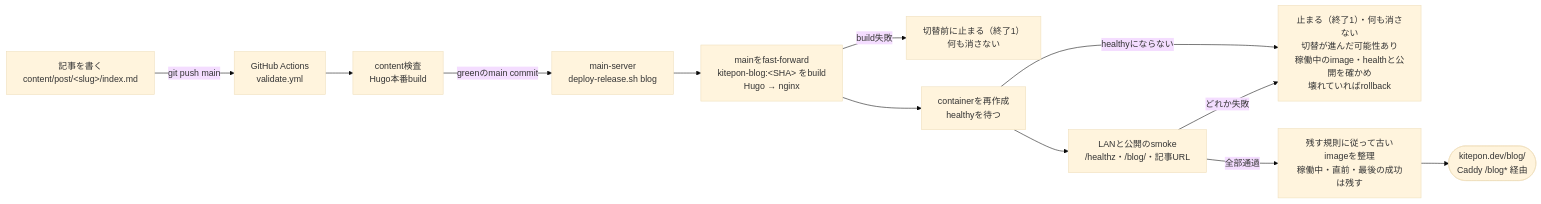
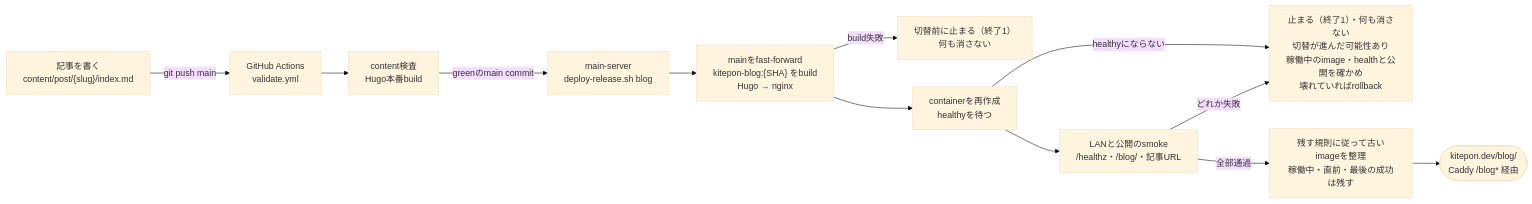
One commit to kitepon/WebAICoding changed the diagram in README.ja.md. Above: the diagram before and after it, drawn with Mermaid (base theme). The commit also changed 1 other file, not shown here.

Commit message:
docs: 配備図の山かっこ表記をGitHubで消えない形にする
GitHubのMermaid描画は &lt;SHA&gt; や &lt;slug&gt; をHTMLの札として取り除き、
「kitepon-blog:」「content/post//index.md」と表示していた。
英日READMEとも波かっこ {SHA}・{slug} に置き換える。

````diff
--- a/README.ja.md
+++ b/README.ja.md
@@ -43,14 +43,14 @@
 ```mermaid
 flowchart LR
-    A["記事を書く<br/>content/post/&lt;slug&gt;/index.md"] -->|git push main| B["GitHub Actions<br/>validate.yml"]
+    A["記事を書く<br/>content/post/{slug}/index.md"] -->|git push main| B["GitHub Actions<br/>validate.yml"]
     B --> C["content検査<br/>Hugo本番build"]
     C -->|greenのmain commit| D["main-server<br/>deploy-release.sh blog"]
-    D --> E["mainをfast-forward<br/>kitepon-blog:&lt;SHA&gt; をbuild<br/>Hugo → nginx"]
+    D --> E["mainをfast-forward<br/>kitepon-blog:{SHA} をbuild<br/>Hugo → nginx"]
     E -->|build失敗| X["切替前に止まる（終了1）<br/>何も消さない"]
     E --> F["containerを再作成<br/>healthyを待つ"]
     F -->|healthyにならない| Y["止まる（終了1）・何も消さない<br/>切替が進んだ可能性あり<br/>稼働中のimage・healthと公開を確かめ<br/>壊れていればrollback"]
     F --> G["LANと公開のsmoke<br/>/healthz・/blog/・記事URL"]
     G -->|どれか失敗| Y
     G -->|全部通過| H["残す規則に従って古いimageを整理<br/>稼働中・直前・最後の成功は残す"]
     H --> I(["kitepon.dev/blog/<br/>Caddy /blog* 経由"])
 ```
````
